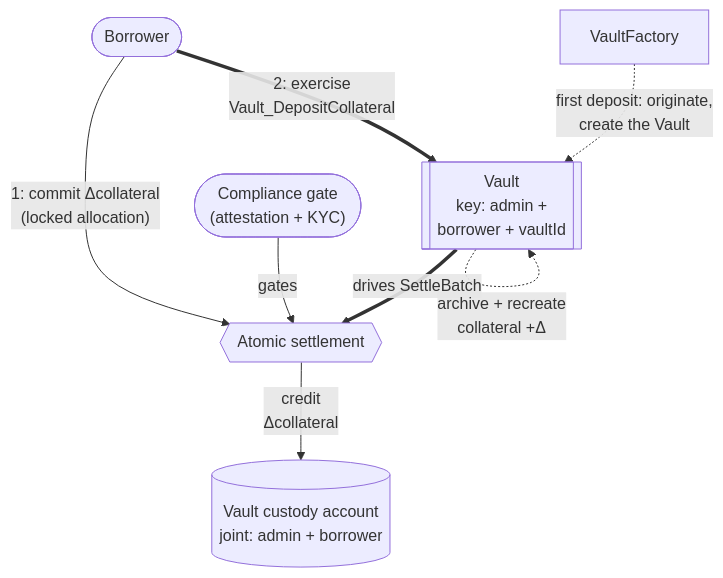
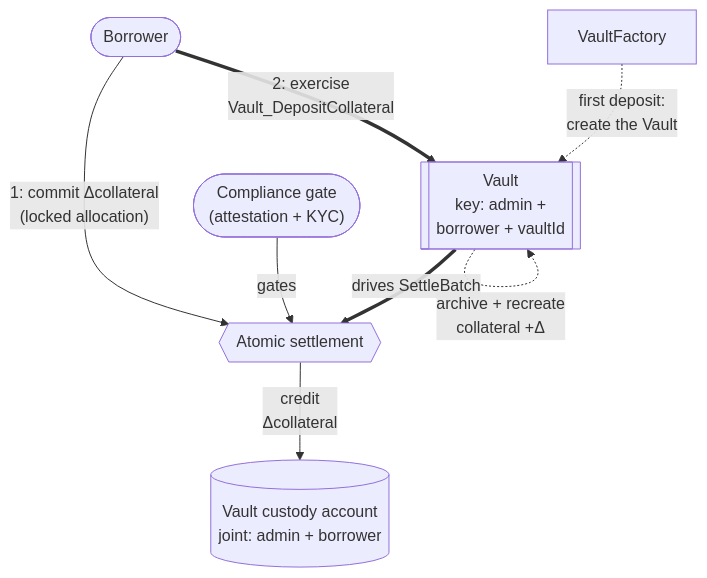
Before and after one commit to OpenZeppelin/canton-specs: the third of 7 diagrams in docs/reference-architectures/lending.md, drawn with Mermaid. The commit also changed other lines of this file, not shown here.

````diff
--- a/docs/reference-architectures/lending.md
+++ b/docs/reference-architectures/lending.md
@@ -290,17 +290,17 @@
 ```mermaid
 flowchart TD
     Borrower([Borrower])
     Compliance(["Compliance gate<br/>(attestation + KYC)"])
     Vault[["Vault<br/>key: admin +<br/>borrower + vaultId"]]
     Settle{{Atomic settlement}}
     Custody[("Vault custody account<br/>joint: admin + borrower")]
     Factory["VaultFactory"]
 
     Borrower -->|"1: commit Δcollateral<br/>(locked allocation)"| Settle
     Borrower ==>|"2: exercise<br/>Vault_DepositCollateral"| Vault
     Compliance -->|"gates"| Settle
     Vault ==>|"drives SettleBatch"| Settle
     Settle -->|"credit<br/>Δcollateral"| Custody
     Vault -.->|"archive + recreate<br/>collateral +Δ"| Vault
-    Factory -.->|"first deposit: originate,<br/>create the Vault"| Vault
+    Factory -.->|"first deposit:<br/>create the Vault"| Vault
 ```
````
